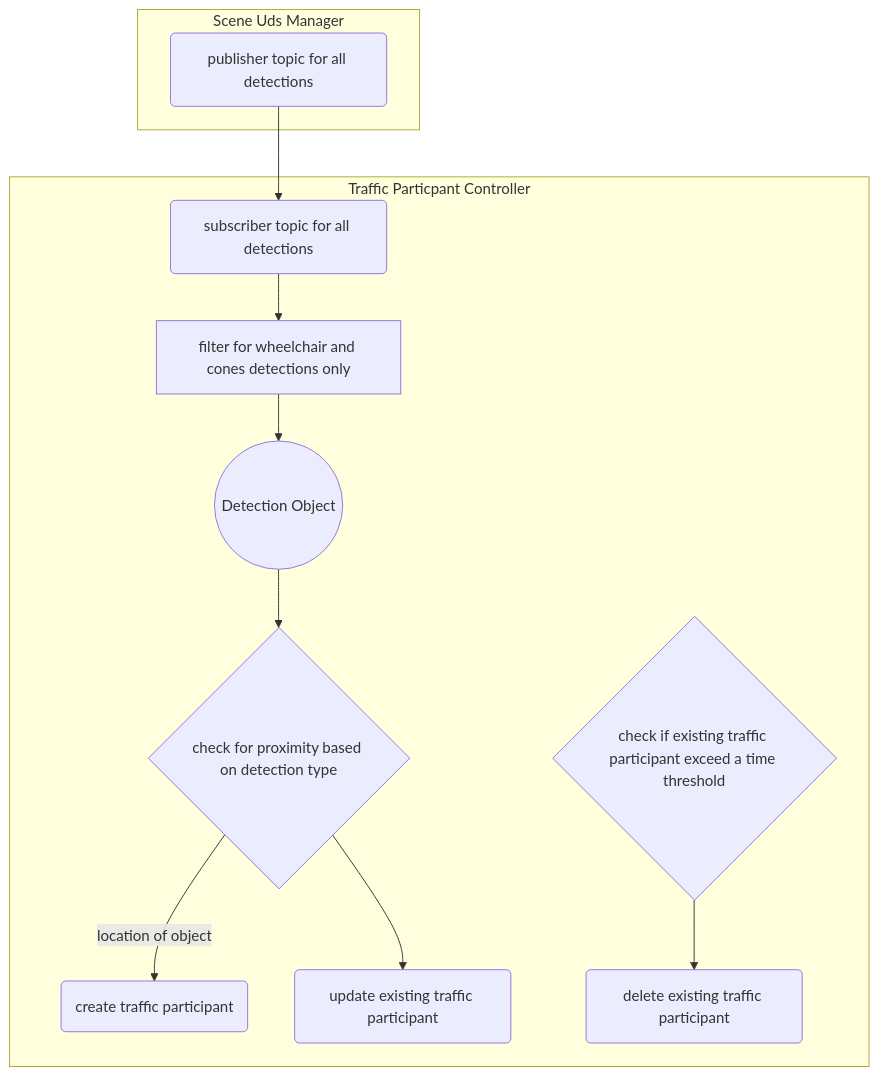
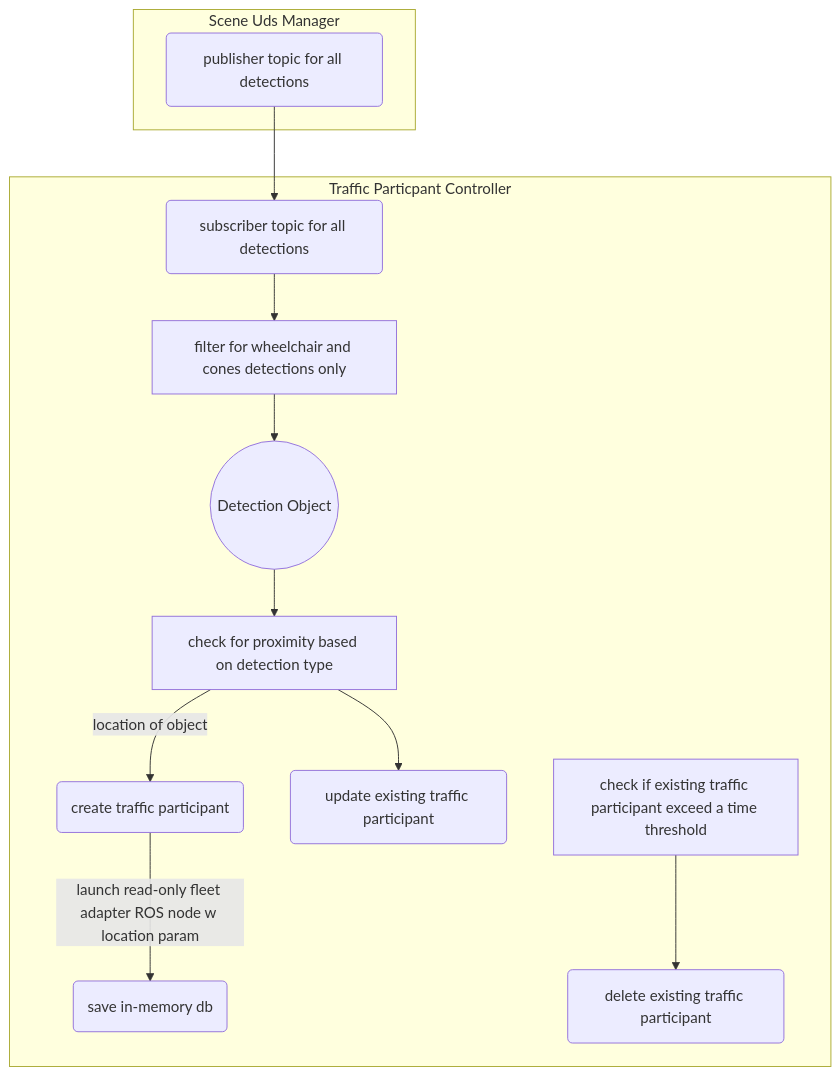
The diagram in README.md (mxgrey/su_traffic_participant), drawn with Mermaid before and after one commit.

````diff
--- a/README.md
+++ b/README.md
@@ -5,18 +5,19 @@
 ```mermaid
 graph TB
 
   Publisher --> Subscriber
   subgraph "Scene Uds Manager"
   Publisher(publisher topic for all detections)
   end
 
   subgraph "Traffic Particpant Controller"
   Subscriber(subscriber topic for all detections)
   Subscriber --> FindClass[filter for wheelchair and cones detections only] --> Detection((Detection Object))
-  Detection --> Proximity{check for proximity based on detection type}
+  Detection --> Proximity[check for proximity based on detection type]
   Proximity -- location of object --> Create(create traffic participant)
+  Create -- launch read-only fleet adapter ROS node w location param --> Save(save in-memory db)
   Proximity --> Update(update existing traffic participant)
-  CountdownTimer{check if existing traffic participant exceed a time threshold} --> Delete(delete existing traffic participant)
+  CountdownTimer[check if existing traffic participant exceed a time threshold] --> Delete(delete existing traffic participant)
 
 end
 ```
````
